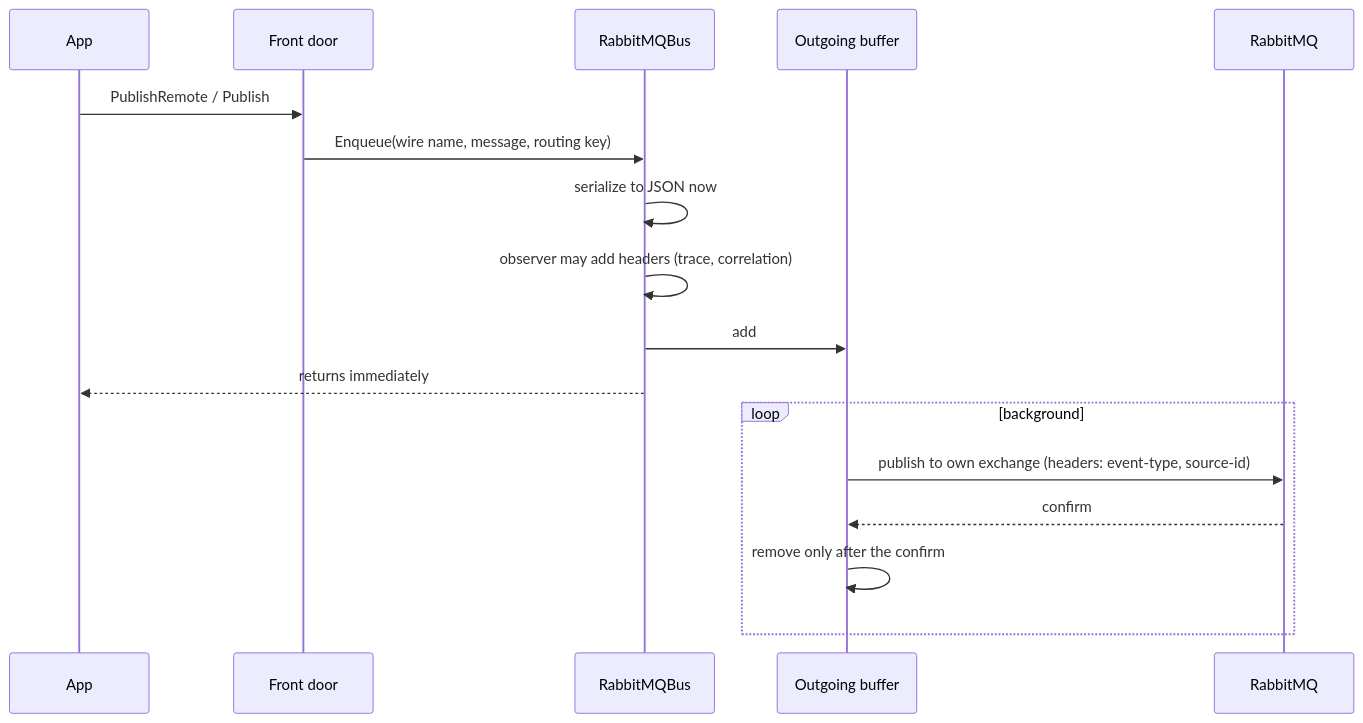
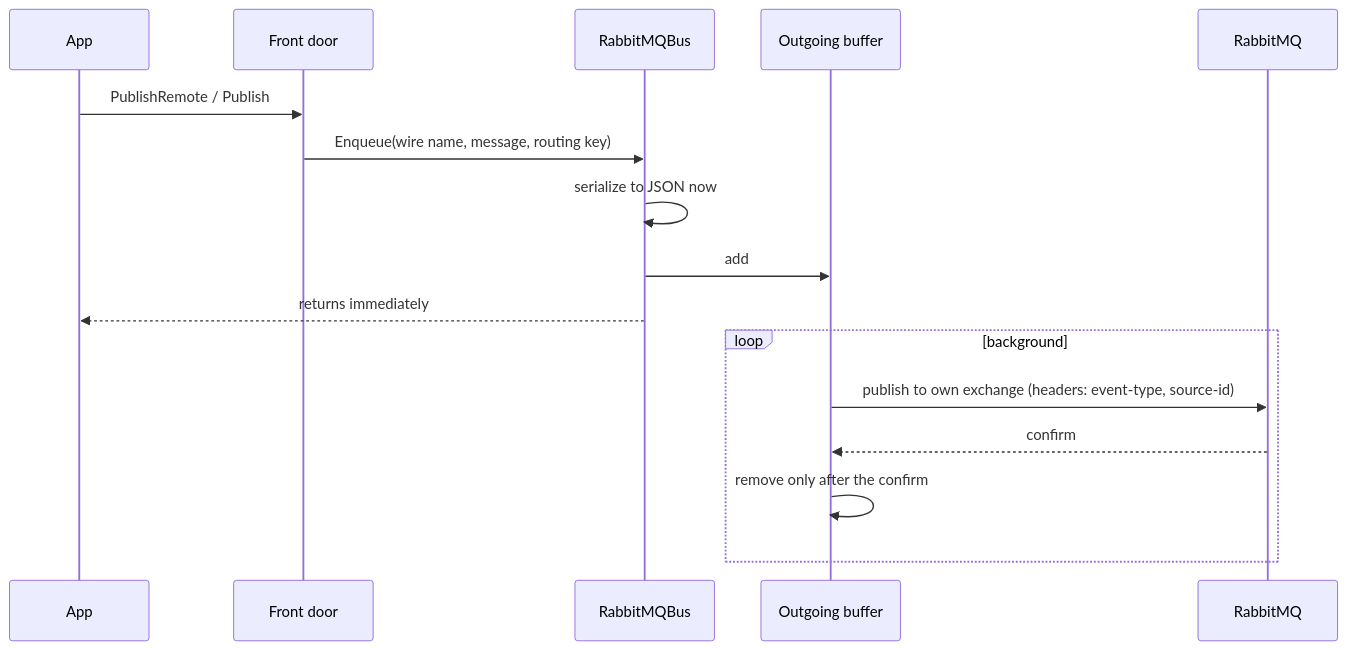
One commit to ncowine/CleanArchitecture changed the second of 3 diagrams in docs/messaging/README.md. Above: the diagram before and after it, drawn with Mermaid. The commit also changed other lines of this file and 192 other files, not shown here.

````diff
--- a/docs/messaging/README.md
+++ b/docs/messaging/README.md
@@ -189,19 +188,18 @@
 ```mermaid
 sequenceDiagram
     participant App
     participant FrontDoor as Front door
     participant Bus as RabbitMQBus
     participant Buffer as Outgoing buffer
     participant Broker as RabbitMQ
     App->>FrontDoor: PublishRemote / Publish
     FrontDoor->>Bus: Enqueue(wire name, message, routing key)
     Bus->>Bus: serialize to JSON now
-    Bus->>Bus: observer may add headers (trace, correlation)
     Bus->>Buffer: add
     Bus-->>App: returns immediately
     loop background
         Buffer->>Broker: publish to own exchange (headers: event-type, source-id)
         Broker-->>Buffer: confirm
         Buffer->>Buffer: remove only after the confirm
     end
 ```
````
